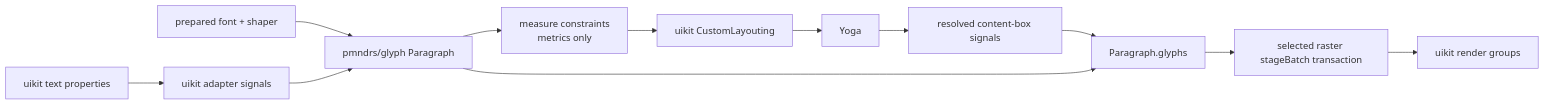
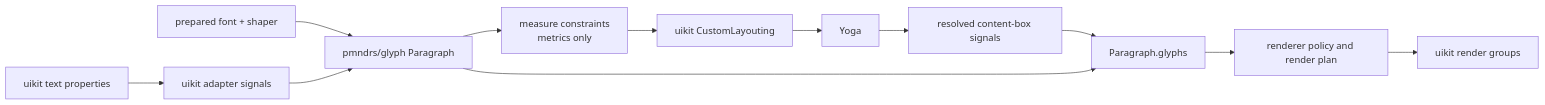
One commit to pmndrs/glyph changed the second of 2 diagrams in docs/planning/uikit-integration.md. Above: the diagram before and after it, drawn with Mermaid. The commit also changed other lines of this file and 14 other files, not shown here.

````diff
--- a/docs/planning/uikit-integration.md
+++ b/docs/planning/uikit-integration.md
@@ -89,13 +89,13 @@
 ```mermaid
 flowchart LR
   Props["uikit text properties"] --> Adapter["uikit adapter signals"]
   Ready["prepared font + shaper"] --> Paragraph["pmndrs/glyph Paragraph"]
   Adapter --> Paragraph
   Paragraph --> Measure["measure constraints<br/>metrics only"]
   Measure --> Custom["uikit CustomLayouting"] --> Yoga
   Yoga --> ContentBox["resolved content-box signals"]
   ContentBox --> Glyphs["Paragraph.glyphs"]
   Paragraph --> Glyphs
-  Glyphs --> Batches["selected raster stageBatch transaction"]
+  Glyphs --> Batches["renderer policy and render plan"]
   Batches --> uikitRoot["uikit render groups"]
 ```
````
